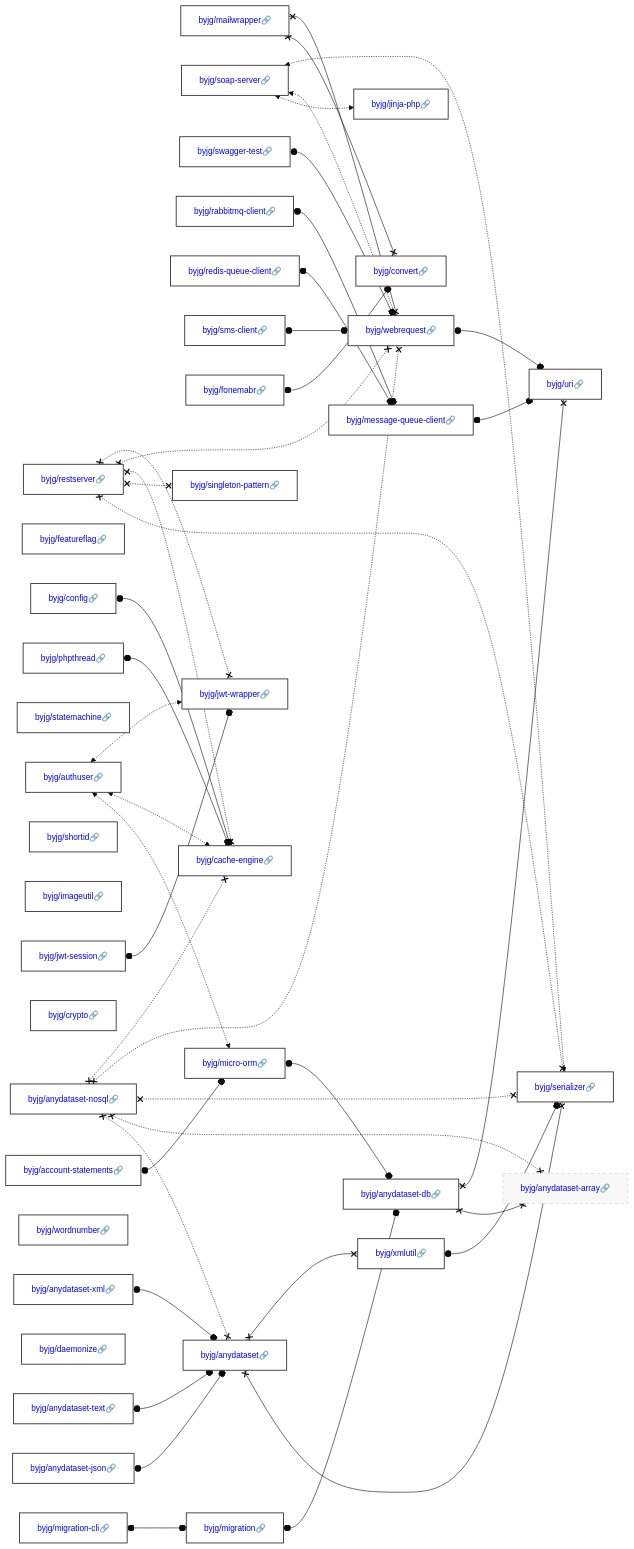
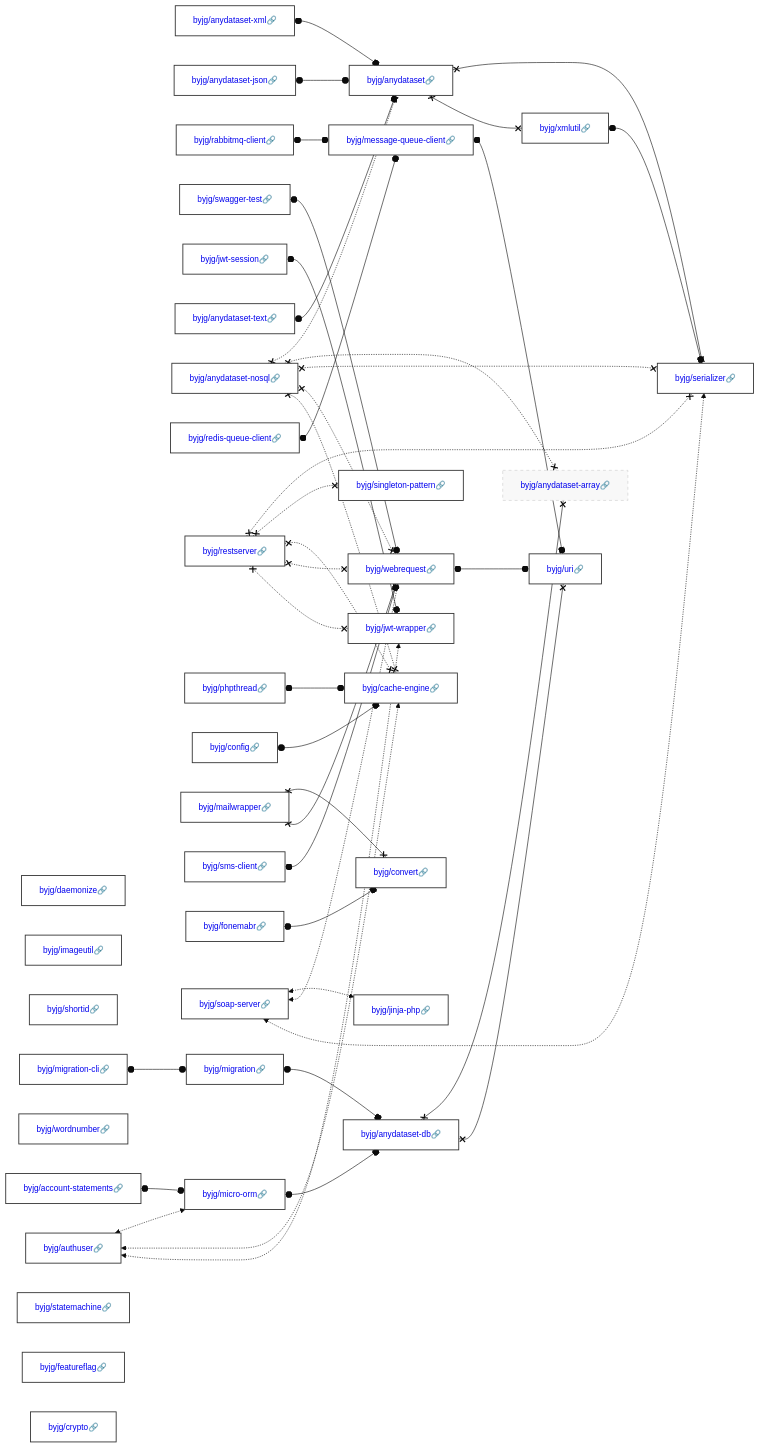
The diagram in docs/php/README.md (byjg/byjg.github.io), drawn with Mermaid (base theme) before and after one commit. The commit also changed other lines of this file and 1 other file, not shown here.

Commit message:
Update documentation 'php' 'php-jwt-wrapper'

````diff
--- a/docs/php/README.md
+++ b/docs/php/README.md
@@ -3,40 +3,40 @@
 ```mermaid
 graph LR;
+  byjg/anydataset-xml[<a href='https://opensource.byjg.com/docs/php/anydataset-xml' style='text-decoration:none'>byjg/anydataset-xml🔗</a>];
+  byjg/daemonize[<a href='https://opensource.byjg.com/docs/php/daemonize' style='text-decoration:none'>byjg/daemonize🔗</a>];
+  byjg/imageutil[<a href='https://opensource.byjg.com/docs/php/imageutil' style='text-decoration:none'>byjg/imageutil🔗</a>];
+  byjg/anydataset-json[<a href='https://opensource.byjg.com/docs/php/anydataset-json' style='text-decoration:none'>byjg/anydataset-json🔗</a>];
+  byjg/rabbitmq-client[<a href='https://opensource.byjg.com/docs/php/rabbitmq-client' style='text-decoration:none'>byjg/rabbitmq-client🔗</a>];
+  byjg/swagger-test[<a href='https://opensource.byjg.com/docs/php/swagger-test' style='text-decoration:none'>byjg/swagger-test🔗</a>];
+  byjg/jwt-session[<a href='https://opensource.byjg.com/docs/php/jwt-session' style='text-decoration:none'>byjg/jwt-session🔗</a>];
+  byjg/shortid[<a href='https://opensource.byjg.com/docs/php/shortid' style='text-decoration:none'>byjg/shortid🔗</a>];
+  byjg/account-statements[<a href='https://opensource.byjg.com/docs/php/account-statements' style='text-decoration:none'>byjg/account-statements🔗</a>];
+  byjg/wordnumber[<a href='https://opensource.byjg.com/docs/php/wordnumber' style='text-decoration:none'>byjg/wordnumber🔗</a>];
+  byjg/anydataset-text[<a href='https://opensource.byjg.com/docs/php/anydataset-text' style='text-decoration:none'>byjg/anydataset-text🔗</a>];
+  byjg/anydataset-nosql[<a href='https://opensource.byjg.com/docs/php/anydataset-nosql' style='text-decoration:none'>byjg/anydataset-nosql🔗</a>];
+  byjg/redis-queue-client[<a href='https://opensource.byjg.com/docs/php/redis-queue-client' style='text-decoration:none'>byjg/redis-queue-client🔗</a>];
+  byjg/restserver[<a href='https://opensource.byjg.com/docs/php/restserver' style='text-decoration:none'>byjg/restserver🔗</a>];
+  byjg/authuser[<a href='https://opensource.byjg.com/docs/php/authuser' style='text-decoration:none'>byjg/authuser🔗</a>];
+  byjg/phpthread[<a href='https://opensource.byjg.com/docs/php/phpthread' style='text-decoration:none'>byjg/phpthread🔗</a>];
+  byjg/migration-cli[<a href='https://opensource.byjg.com/docs/php/migration-cli' style='text-decoration:none'>byjg/migration-cli🔗</a>];
+  byjg/config[<a href='https://opensource.byjg.com/docs/php/config' style='text-decoration:none'>byjg/config🔗</a>];
   byjg/mailwrapper[<a href='https://opensource.byjg.com/docs/php/mailwrapper' style='text-decoration:none'>byjg/mailwrapper🔗</a>];
-  byjg/config[<a href='https://opensource.byjg.com/docs/php/config' style='text-decoration:none'>byjg/config🔗</a>];
+  byjg/statemachine[<a href='https://opensource.byjg.com/docs/php/statemachine' style='text-decoration:none'>byjg/statemachine🔗</a>];
+  byjg/sms-client[<a href='https://opensource.byjg.com/docs/php/sms-client' style='text-decoration:none'>byjg/sms-client🔗</a>];
+  byjg/fonemabr[<a href='https://opensource.byjg.com/docs/php/fonemabr' style='text-decoration:none'>byjg/fonemabr🔗</a>];
+  byjg/soap-server[<a href='https://opensource.byjg.com/docs/php/soap-server' style='text-decoration:none'>byjg/soap-server🔗</a>];
   byjg/featureflag[<a href='https://opensource.byjg.com/docs/php/featureflag' style='text-decoration:none'>byjg/featureflag🔗</a>];
-  byjg/anydataset-text[<a href='https://opensource.byjg.com/docs/php/anydataset-text' style='text-decoration:none'>byjg/anydataset-text🔗</a>];
-  byjg/anydataset-xml[<a href='https://opensource.byjg.com/docs/php/anydataset-xml' style='text-decoration:none'>byjg/anydataset-xml🔗</a>];
-  byjg/statemachine[<a href='https://opensource.byjg.com/docs/php/statemachine' style='text-decoration:none'>byjg/statemachine🔗</a>];
-  byjg/phpthread[<a href='https://opensource.byjg.com/docs/php/phpthread' style='text-decoration:none'>byjg/phpthread🔗</a>];
-  byjg/soap-server[<a href='https://opensource.byjg.com/docs/php/soap-server' style='text-decoration:none'>byjg/soap-server🔗</a>];
-  byjg/shortid[<a href='https://opensource.byjg.com/docs/php/shortid' style='text-decoration:none'>byjg/shortid🔗</a>];
-  byjg/imageutil[<a href='https://opensource.byjg.com/docs/php/imageutil' style='text-decoration:none'>byjg/imageutil🔗</a>];
-  byjg/authuser[<a href='https://opensource.byjg.com/docs/php/authuser' style='text-decoration:none'>byjg/authuser🔗</a>];
   byjg/crypto[<a href='https://opensource.byjg.com/docs/php/crypto' style='text-decoration:none'>byjg/crypto🔗</a>];
-  byjg/migration-cli[<a href='https://opensource.byjg.com/docs/php/migration-cli' style='text-decoration:none'>byjg/migration-cli🔗</a>];
-  byjg/swagger-test[<a href='https://opensource.byjg.com/docs/php/swagger-test' style='text-decoration:none'>byjg/swagger-test🔗</a>];
-  byjg/rabbitmq-client[<a href='https://opensource.byjg.com/docs/php/rabbitmq-client' style='text-decoration:none'>byjg/rabbitmq-client🔗</a>];
-  byjg/redis-queue-client[<a href='https://opensource.byjg.com/docs/php/redis-queue-client' style='text-decoration:none'>byjg/redis-queue-client🔗</a>];
-  byjg/jwt-session[<a href='https://opensource.byjg.com/docs/php/jwt-session' style='text-decoration:none'>byjg/jwt-session🔗</a>];
-  byjg/sms-client[<a href='https://opensource.byjg.com/docs/php/sms-client' style='text-decoration:none'>byjg/sms-client🔗</a>];
-  byjg/wordnumber[<a href='https://opensource.byjg.com/docs/php/wordnumber' style='text-decoration:none'>byjg/wordnumber🔗</a>];
-  byjg/anydataset-nosql[<a href='https://opensource.byjg.com/docs/php/anydataset-nosql' style='text-decoration:none'>byjg/anydataset-nosql🔗</a>];
-  byjg/daemonize[<a href='https://opensource.byjg.com/docs/php/daemonize' style='text-decoration:none'>byjg/daemonize🔗</a>];
-  byjg/fonemabr[<a href='https://opensource.byjg.com/docs/php/fonemabr' style='text-decoration:none'>byjg/fonemabr🔗</a>];
-  byjg/anydataset-json[<a href='https://opensource.byjg.com/docs/php/anydataset-json' style='text-decoration:none'>byjg/anydataset-json🔗</a>];
-  byjg/restserver[<a href='https://opensource.byjg.com/docs/php/restserver' style='text-decoration:none'>byjg/restserver🔗</a>];
-  byjg/account-statements[<a href='https://opensource.byjg.com/docs/php/account-statements' style='text-decoration:none'>byjg/account-statements🔗</a>];
+  byjg/anydataset[<a href='https://opensource.byjg.com/docs/php/anydataset' style='text-decoration:none'>byjg/anydataset🔗</a>];
+  byjg/message-queue-client[<a href='https://opensource.byjg.com/docs/php/message-queue-client' style='text-decoration:none'>byjg/message-queue-client🔗</a>];
+  byjg/singleton-pattern[<a href='https://opensource.byjg.com/docs/php/singleton-pattern' style='text-decoration:none'>byjg/singleton-pattern🔗</a>];
+  byjg/micro-orm[<a href='https://opensource.byjg.com/docs/php/micro-orm' style='text-decoration:none'>byjg/micro-orm🔗</a>];
+  byjg/jwt-wrapper[<a href='https://opensource.byjg.com/docs/php/jwt-wrapper' style='text-decoration:none'>byjg/jwt-wrapper🔗</a>];
+  byjg/migration[<a href='https://opensource.byjg.com/docs/php/migration' style='text-decoration:none'>byjg/migration🔗</a>];
+  byjg/cache-engine[<a href='https://opensource.byjg.com/docs/php/cache-engine' style='text-decoration:none'>byjg/cache-engine🔗</a>];
+  byjg/convert[<a href='https://opensource.byjg.com/docs/php/convert' style='text-decoration:none'>byjg/convert🔗</a>];
   byjg/jinja-php[<a href='https://opensource.byjg.com/docs/php/jinja-php' style='text-decoration:none'>byjg/jinja-php🔗</a>];
-  byjg/migration[<a href='https://opensource.byjg.com/docs/php/migration' style='text-decoration:none'>byjg/migration🔗</a>];
-  byjg/message-queue-client[<a href='https://opensource.byjg.com/docs/php/message-queue-client' style='text-decoration:none'>byjg/message-queue-client🔗</a>];
-  byjg/convert[<a href='https://opensource.byjg.com/docs/php/convert' style='text-decoration:none'>byjg/convert🔗</a>];
-  byjg/anydataset[<a href='https://opensource.byjg.com/docs/php/anydataset' style='text-decoration:none'>byjg/anydataset🔗</a>];
-  byjg/singleton-pattern[<a href='https://opensource.byjg.com/docs/php/singleton-pattern' style='text-decoration:none'>byjg/singleton-pattern🔗</a>];
-  byjg/cache-engine[<a href='https://opensource.byjg.com/docs/php/cache-engine' style='text-decoration:none'>byjg/cache-engine🔗</a>];
   byjg/webrequest[<a href='https://opensource.byjg.com/docs/php/webrequest' style='text-decoration:none'>byjg/webrequest🔗</a>];
-  byjg/jwt-wrapper[<a href='https://opensource.byjg.com/docs/php/jwt-wrapper' style='text-decoration:none'>byjg/jwt-wrapper🔗</a>];
-  byjg/micro-orm[<a href='https://opensource.byjg.com/docs/php/micro-orm' style='text-decoration:none'>byjg/micro-orm🔗</a>];
   byjg/xmlutil[<a href='https://opensource.byjg.com/docs/php/xmlutil' style='text-decoration:none'>byjg/xmlutil🔗</a>];
   byjg/anydataset-db[<a href='https://opensource.byjg.com/docs/php/anydataset-db' style='text-decoration:none'>byjg/anydataset-db🔗</a>];
   byjg/serializer[<a href='https://opensource.byjg.com/docs/php/serializer' style='text-decoration:none'>byjg/serializer🔗</a>];
````
